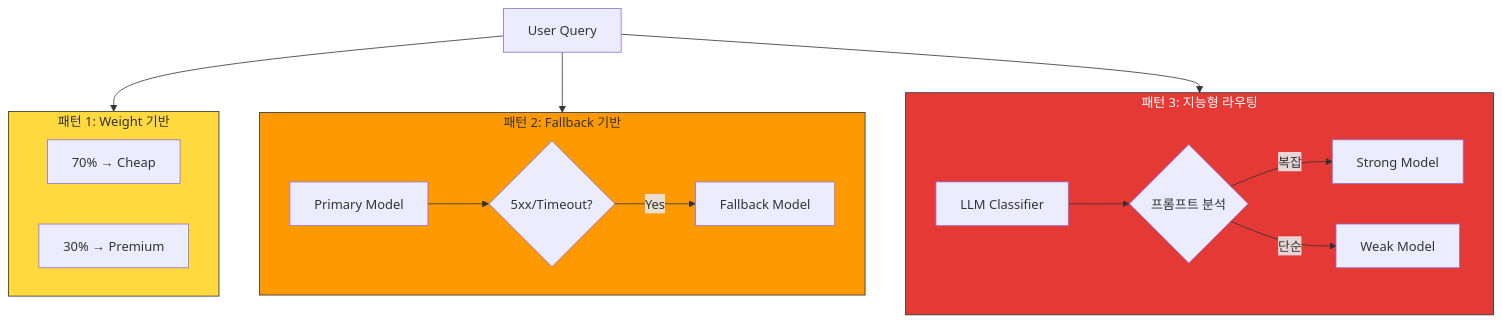
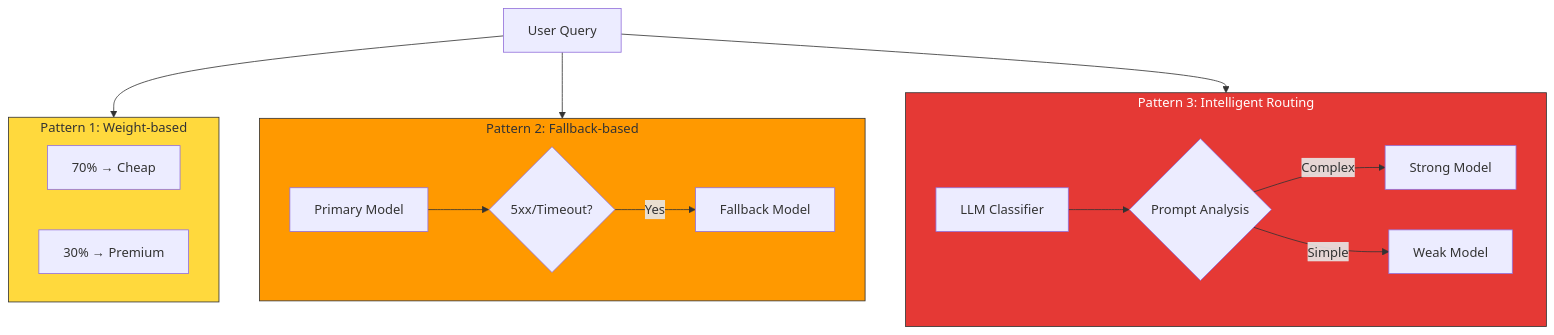
Before and after one commit to devfloor9/engineering-playbook: the first of 3 diagrams in docs/agentic-ai-platform/model-serving/inference-routing/request-cascading.md, drawn with Mermaid. The commit also changed other lines of this file and 954 other files, not shown here.

````diff
--- a/docs/agentic-ai-platform/model-serving/inference-routing/request-cascading.md
+++ b/docs/agentic-ai-platform/model-serving/inference-routing/request-cascading.md
@@ -37,35 +37,35 @@
 ```mermaid
 flowchart TB
     Q[User Query]
 
-    subgraph P1["패턴 1: Weight 기반"]
+    subgraph P1["Pattern 1: Weight-based"]
         W1[70% → Cheap]
         W2[30% → Premium]
     end
 
-    subgraph P2["패턴 2: Fallback 기반"]
+    subgraph P2["Pattern 2: Fallback-based"]
         F1[Primary Model]
         F2{5xx/Timeout?}
         F3[Fallback Model]
     end
 
-    subgraph P3["패턴 3: 지능형 라우팅"]
+    subgraph P3["Pattern 3: Intelligent Routing"]
         R1[LLM Classifier]
-        R2{프롬프트 분석}
+        R2{Prompt Analysis}
         R3[Strong Model]
         R4[Weak Model]
     end
 
     Q --> P1 & P2 & P3
 
     F1 --> F2
     F2 -->|Yes| F3
 
     R1 --> R2
-    R2 -->|복잡| R3
-    R2 -->|단순| R4
+    R2 -->|Complex| R3
+    R2 -->|Simple| R4
 
     style P1 fill:#ffd93d,stroke:#333
     style P2 fill:#ff9900,stroke:#333
     style P3 fill:#e53935,stroke:#333,color:#fff
 ```
````
